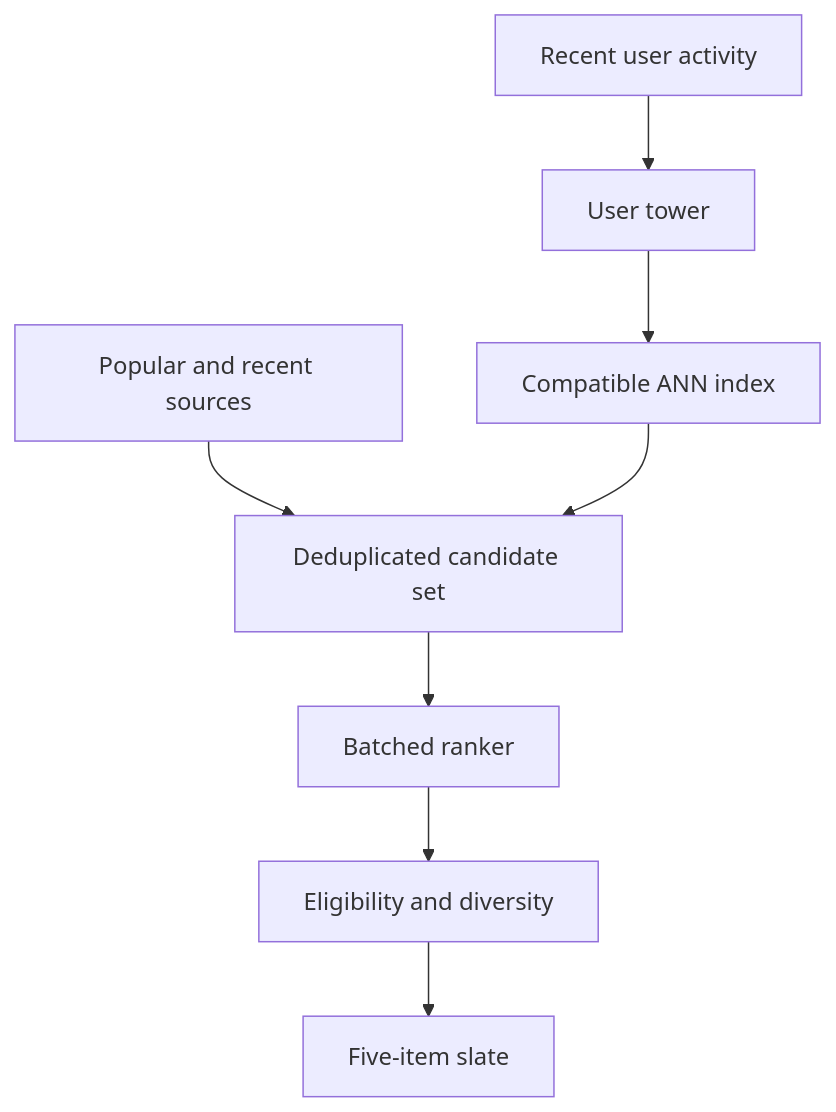
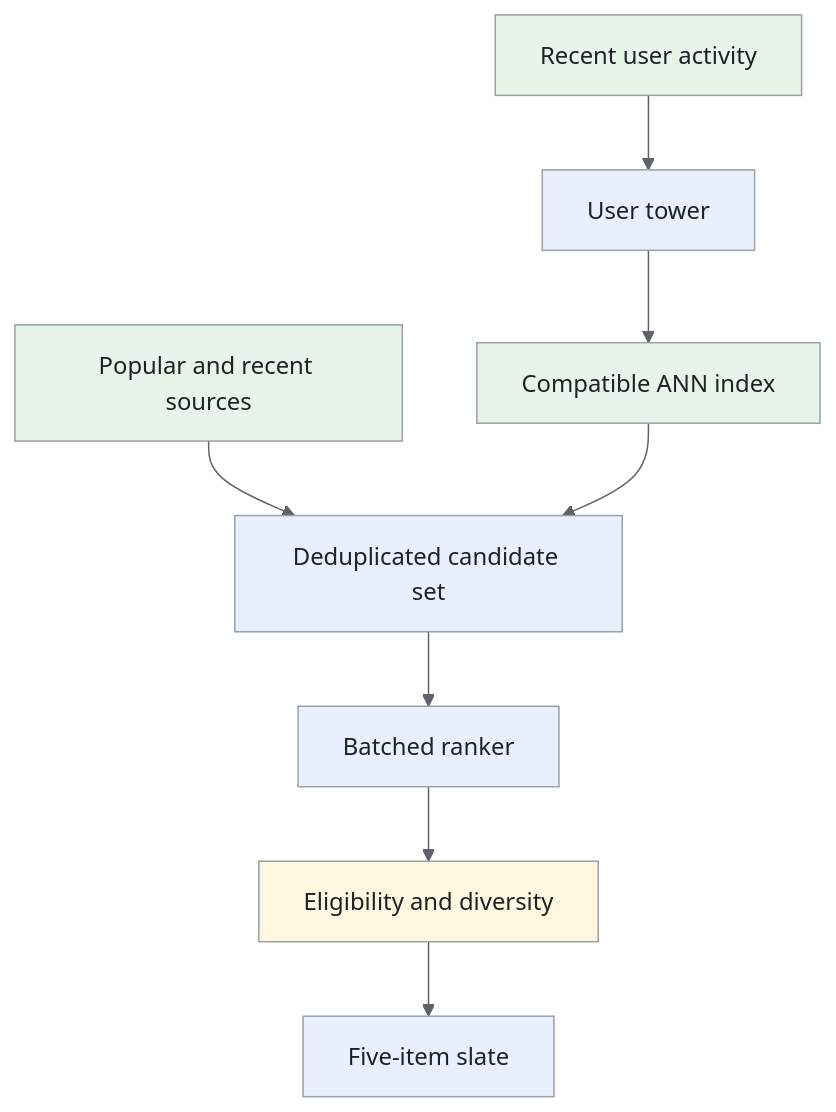
The third of 3 diagrams in _designs/video-recommendations.md (iliazlobin/iliazlobin.github.io), drawn with Mermaid before and after one commit. The commit also changed other lines of this file and 25 other files, not shown here.

Commit message:
docs: explain Batch B design flows and tradeoffs

````diff
--- a/_designs/video-recommendations.md
+++ b/_designs/video-recommendations.md
@@ -183,10 +241,18 @@
 ```mermaid
+%%{init: {'theme':'base','themeVariables':{'primaryColor':'#e8f0fe','primaryTextColor':'#202124','primaryBorderColor':'#9aa0a6','lineColor':'#5f6368','secondaryColor':'#e6f4ea','tertiaryColor':'#fef7e0','actorBkg':'#e8f0fe','actorBorder':'#9aa0a6','actorTextColor':'#202124','noteBkgColor':'#fef7e0','noteTextColor':'#202124','noteBorderColor':'#9aa0a6','signalColor':'#5f6368','signalTextColor':'#202124','labelBoxBkgColor':'#fef7e0','labelBoxBorderColor':'#9aa0a6'}}}%%
 flowchart TB
     H["Recent user activity"] --> U["User tower"]
     U --> A["Compatible ANN index"]
     P["Popular and recent sources"] --> M["Deduplicated candidate set"]
     A --> M
     M --> R["Batched ranker"]
     R --> D["Eligibility and diversity"]
     D --> S["Five-item slate"]
+classDef request fill:#e8f0fe,stroke:#9aa0a6,color:#202124;
+classDef data fill:#e6f4ea,stroke:#9aa0a6,color:#202124;
+classDef control fill:#fef7e0,stroke:#9aa0a6,color:#202124;
+class U,M,R,S request;
+class H,A,P data;
+class D control;
+
 ```
````
